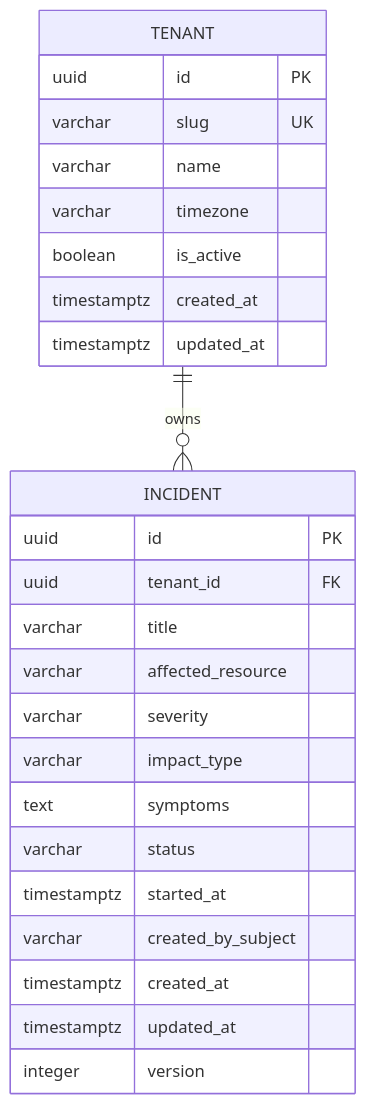
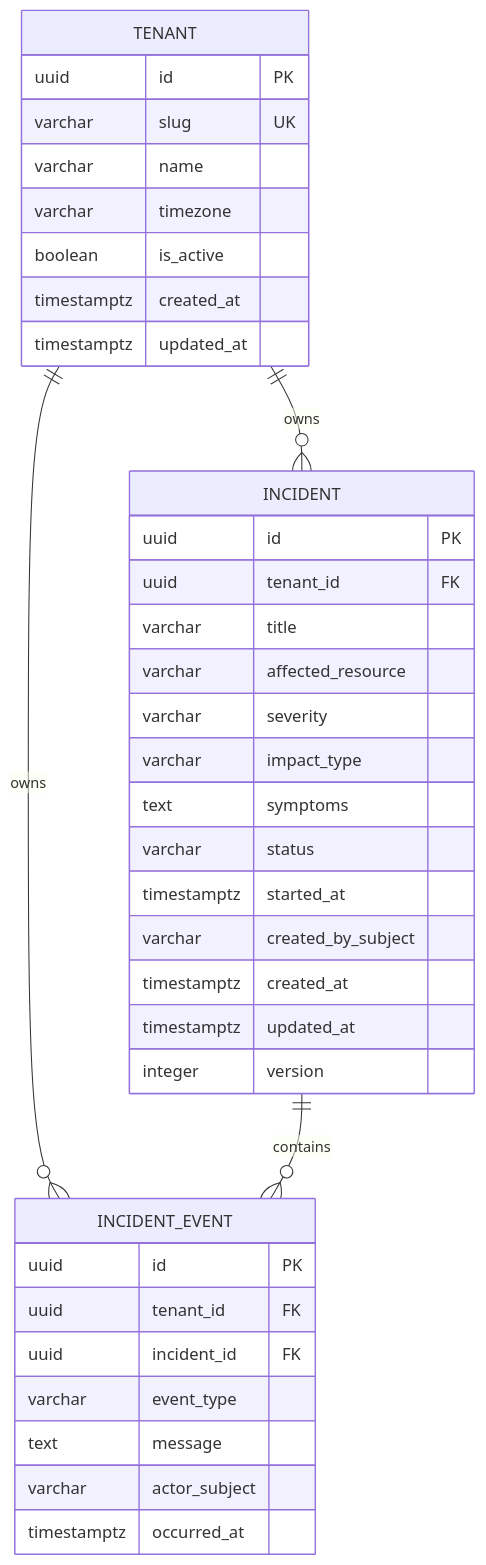
One commit to MSsanto/P0-NOC-Flow-Cloud-v2- changed the first of 2 diagrams in docs/05-DATA-MODEL.md. Above: the diagram before and after it, drawn with Mermaid. The commit also changed other lines of this file, not shown here.

Commit message:
docs: atualizar modelo de dados para incident_events da Sprint 2

````diff
--- a/docs/05-DATA-MODEL.md
+++ b/docs/05-DATA-MODEL.md
@@ -31,30 +23,42 @@
 ```mermaid
 erDiagram
     TENANT ||--o{ INCIDENT : owns
+    TENANT ||--o{ INCIDENT_EVENT : owns
+    INCIDENT ||--o{ INCIDENT_EVENT : contains
 
     TENANT {
         uuid id PK
         varchar slug UK
         varchar name
         varchar timezone
         boolean is_active
         timestamptz created_at
         timestamptz updated_at
     }
 
     INCIDENT {
         uuid id PK
         uuid tenant_id FK
         varchar title
         varchar affected_resource
         varchar severity
         varchar impact_type
         text symptoms
         varchar status
         timestamptz started_at
         varchar created_by_subject
         timestamptz created_at
         timestamptz updated_at
         integer version
     }
+
+    INCIDENT_EVENT {
+        uuid id PK
+        uuid tenant_id FK
+        uuid incident_id FK
+        varchar event_type
+        text message
+        varchar actor_subject
+        timestamptz occurred_at
+    }
 ```
````
